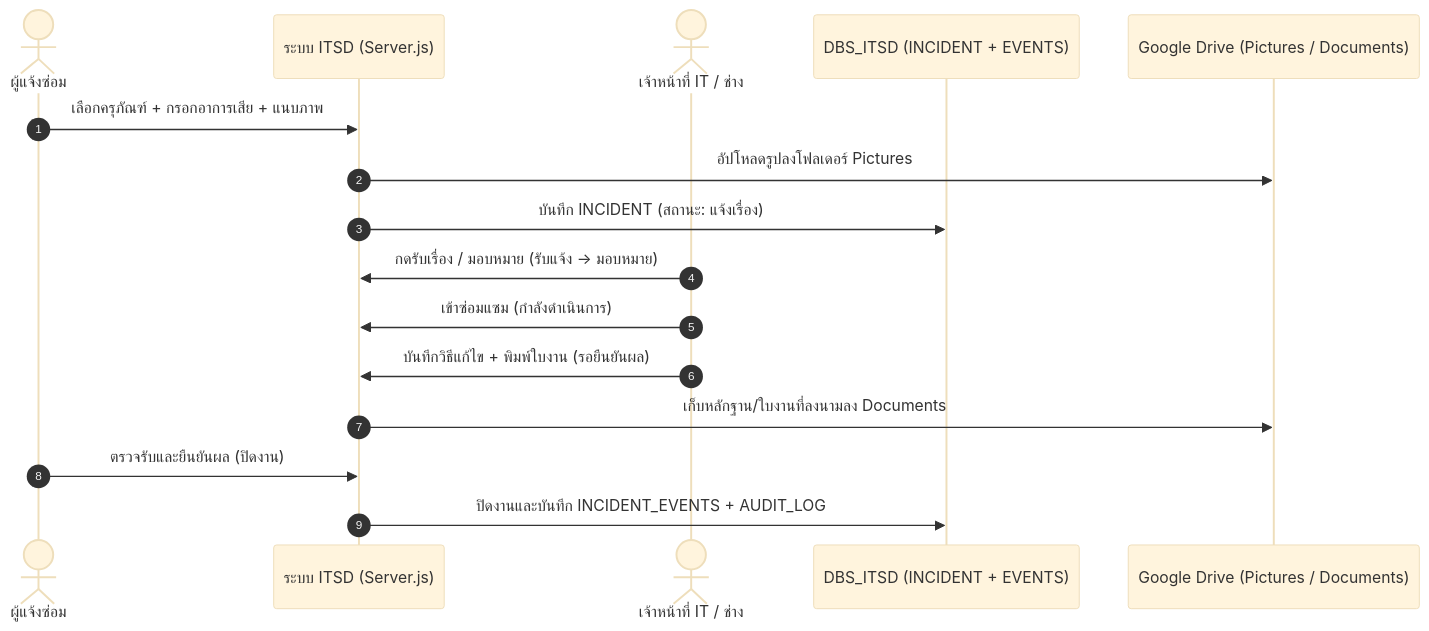
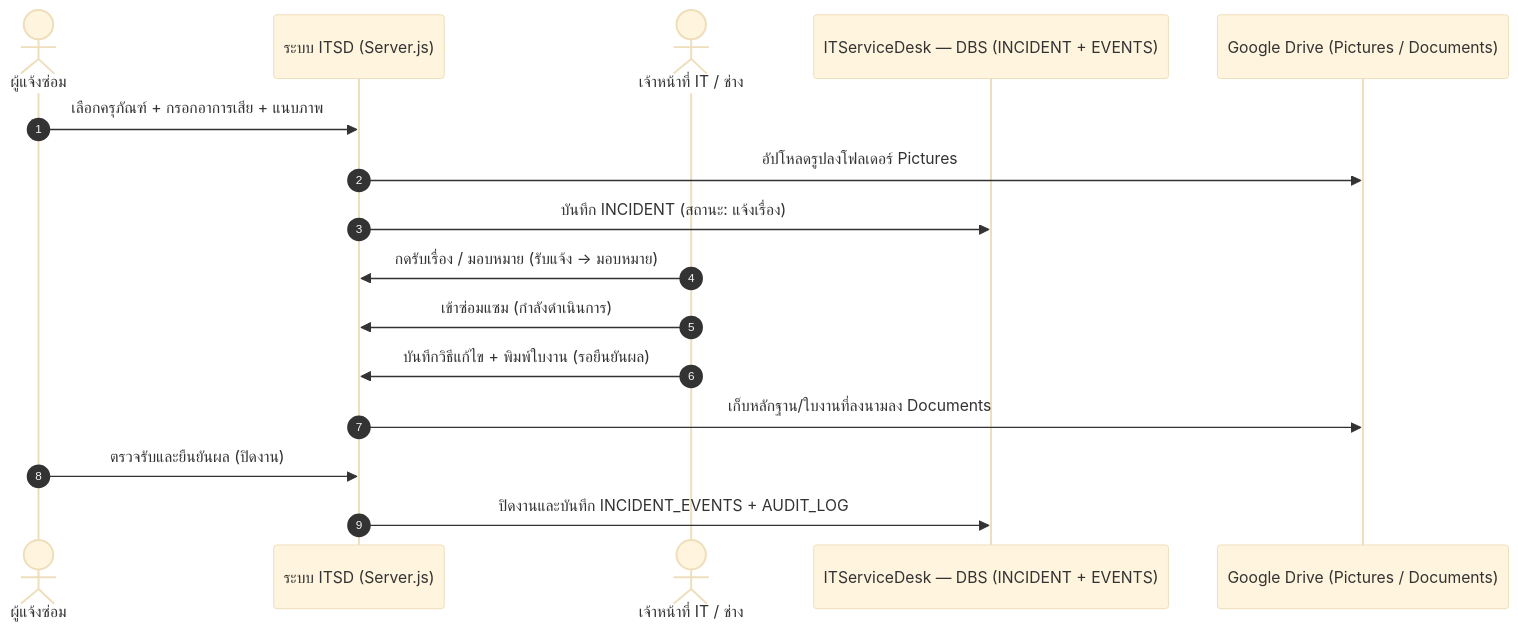
One commit to thakot-cloud/ITServiceDesk changed the second of 2 diagrams in README.md. Above: the diagram before and after it, drawn with Mermaid (base theme). The commit also changed other lines of this file and 3 other files, not shown here.

Commit message:
docs: standardize resource names to 005_ITServiceDesk and ITServiceDesk — DBS

````diff
--- a/README.md
+++ b/README.md
@@ -83,19 +83,19 @@
 ```mermaid
 sequenceDiagram
     autonumber
     actor User as ผู้แจ้งซ่อม
     participant System as ระบบ ITSD (Server.js)
     actor Tech as เจ้าหน้าที่ IT / ช่าง
-    participant DB as DBS_ITSD (INCIDENT + EVENTS)
+    participant DB as ITServiceDesk — DBS (INCIDENT + EVENTS)
     participant Drive as Google Drive (Pictures / Documents)
 
     User->>System: เลือกครุภัณฑ์ + กรอกอาการเสีย + แนบภาพ
     System->>Drive: อัปโหลดรูปลงโฟลเดอร์ Pictures
     System->>DB: บันทึก INCIDENT (สถานะ: แจ้งเรื่อง)
     Tech->>System: กดรับเรื่อง / มอบหมาย (รับแจ้ง -> มอบหมาย)
     Tech->>System: เข้าซ่อมแซม (กำลังดำเนินการ)
     Tech->>System: บันทึกวิธีแก้ไข + พิมพ์ใบงาน (รอยืนยันผล)
     System->>Drive: เก็บหลักฐาน/ใบงานที่ลงนามลง Documents
     User->>System: ตรวจรับและยืนยันผล (ปิดงาน)
     System->>DB: ปิดงานและบันทึก INCIDENT_EVENTS + AUDIT_LOG
 ```
````
